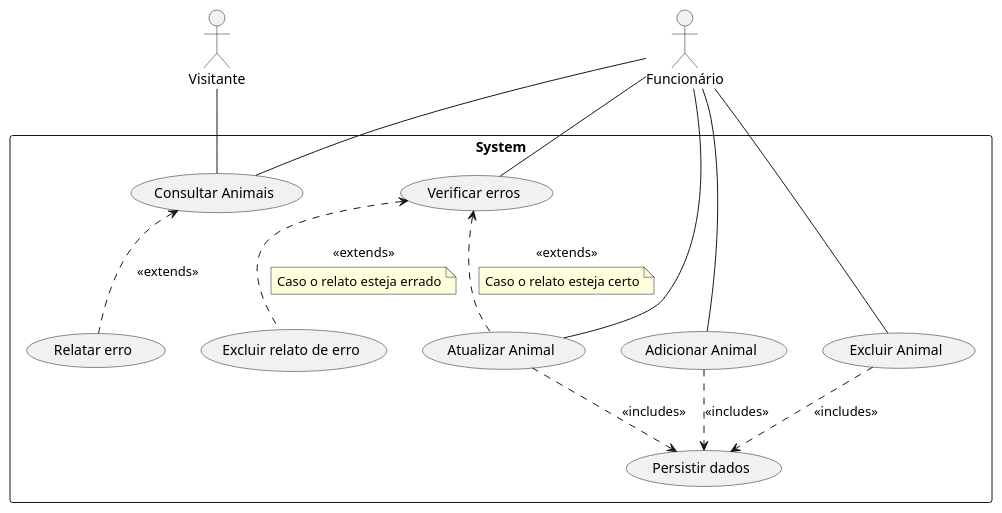
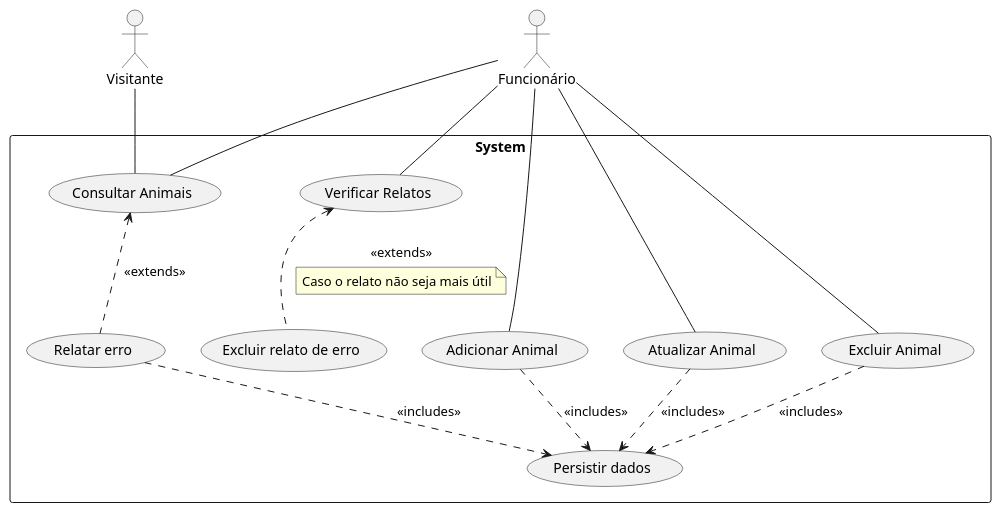
The diagram in Diagramas/useCaseDiagram.plantuml (RanmaYT/ZooSystem), drawn with PlantUML before and after one commit. The commit also changed 12 other files, not shown here.

Commit message:
Atualização dos diagramas

```diff
--- a/Diagramas/useCaseDiagram.plantuml
+++ b/Diagramas/useCaseDiagram.plantuml
@@ -1,48 +1,44 @@
-@startuml UC
+@startuml Diagrama de Casos de Uso
 
     ' Atores (quem vai interagir com o sistema)
     actor "Visitante" as visitante
     actor "Funcionário" as funcionario 
 
     ' O sistema em si e suas funcionalidades
     rectangle System {
         usecase "Consultar Animais" as UC1
         usecase "Relatar erro" as UC2
         usecase "Adicionar Animal" as UC3
         usecase "Atualizar Animal" as UC4
         usecase "Excluir Animal" as UC5
-        usecase "Verificar erros" as UC6
+        usecase "Verificar Relatos" as UC6
         usecase "Excluir relato de erro" as UC7
         usecase "Persistir dados" as UC8
     }
 
     
     ' Casos de uso do Visitante
-    visitante -- UC1 
+    visitante -down- UC1
     
     ' Casos de uso do Funcionário
-    funcionario -- UC1
-    funcionario -- UC3 
-    funcionario -- UC4 
-    funcionario -- UC5 
-    funcionario -- UC6
+    funcionario -down- UC1
+    funcionario -down- UC3
+    funcionario -down- UC4
+    funcionario -down- UC5
+    funcionario -down- UC6
 
     ' Relacionamentos entre Casos de Uso
     UC1 <.. UC2 : "<<extends>>"
-
-    UC6 <.. UC4 : "<<extends>>" 
-    note on link
-        Caso o relato esteja certo
-    end note
     
     UC6 <.. UC7 : "<<extends>>"
     note on link
-        Caso o relato esteja errado
+        Caso o relato não seja mais útil
     end note
     
     UC3 ..> UC8 : "<<includes>>"
     UC4 ..> UC8 : "<<includes>>"
     UC5 ..> UC8 : "<<includes>>"
+    UC2 ..> UC8 : "<<includes>>"
 
 
 @enduml
```
